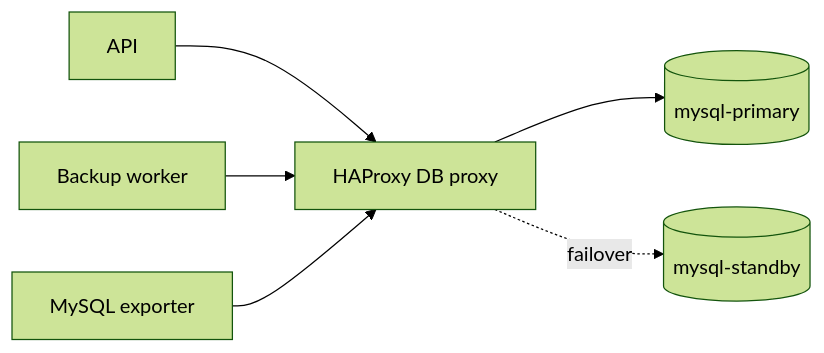
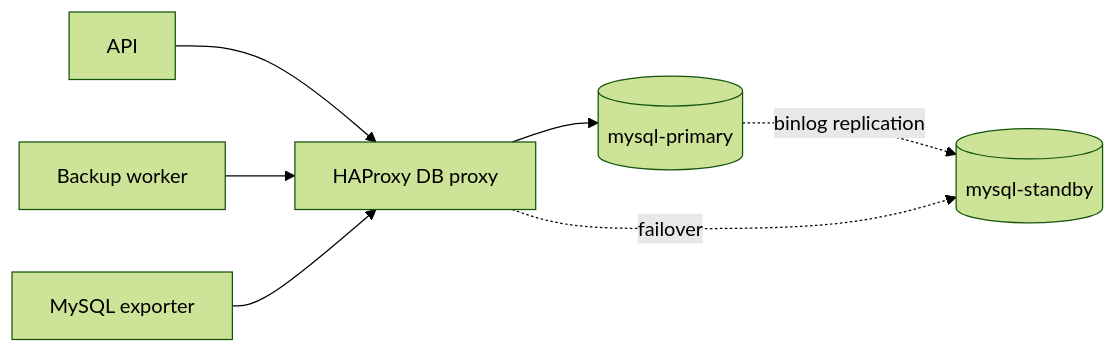
The second of 2 diagrams in 09-image-versioning/README.md (maher-elattar/task-three-mosalam-intern), drawn with Mermaid (forest theme) before and after one commit. The commit also changed other lines of this file and 129 other files, not shown here.

````diff
--- a/09-image-versioning/README.md
+++ b/09-image-versioning/README.md
@@ -107,8 +116,9 @@
 ```mermaid
 flowchart LR
   api[API] --> dbproxy[HAProxy DB proxy]
   backup[Backup worker] --> dbproxy
   exporter[MySQL exporter] --> dbproxy
   dbproxy --> primary[(mysql-primary)]
-  dbproxy -. failover .-> standby[(mysql-standby)]
+  primary -. "binlog replication" .-> standby[(mysql-standby)]
+  dbproxy -. failover .-> standby
 ```
````
